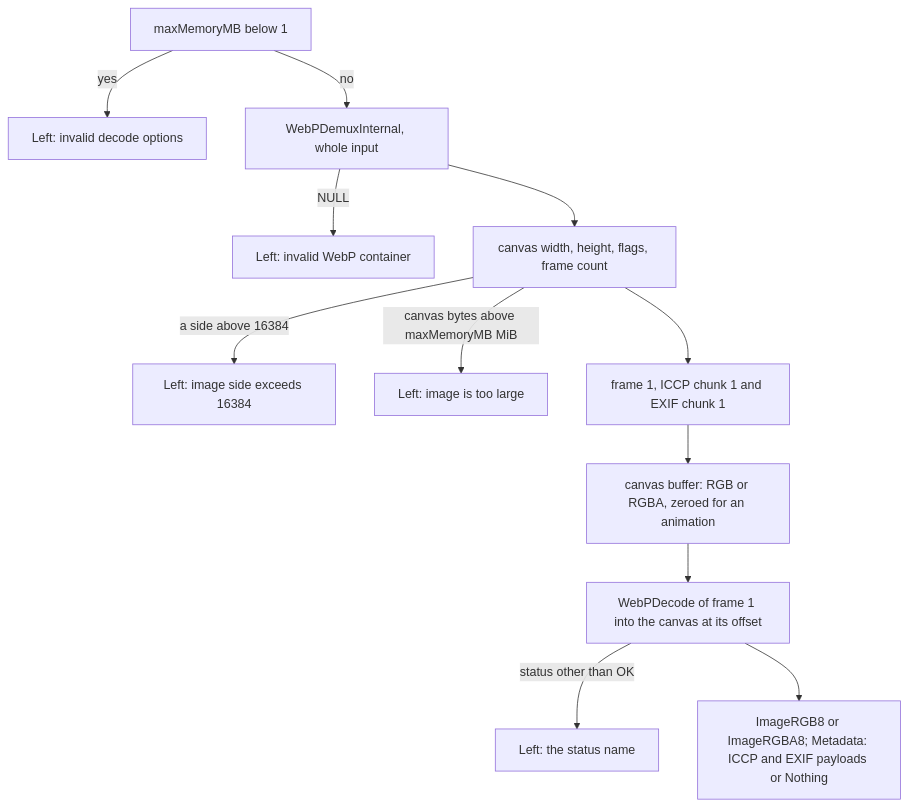
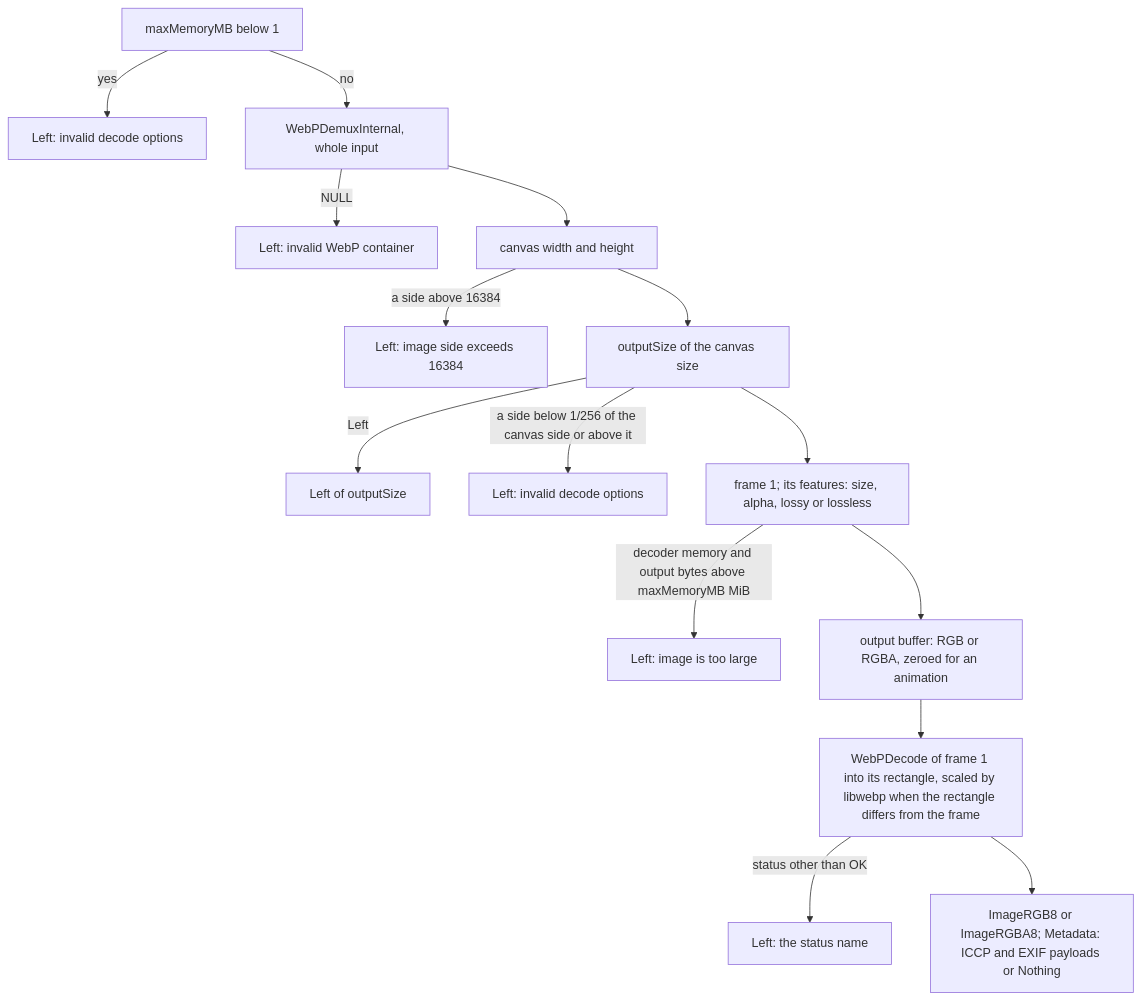
Before and after one commit to simplex-chat/simplex-chat: the fourth of 6 diagrams in plans/2026-11-22-core-webp-decoding.md, drawn with Mermaid. The commit also changed other lines of this file, not shown here.

Commit message:
docs: decide libwebp 1.6.0 and the limits of WebP decoding in the plan

````diff
--- a/plans/2026-11-22-core-webp-decoding.md
+++ b/plans/2026-11-22-core-webp-decoding.md
@@ -214,14 +170,17 @@
 ```mermaid
 flowchart TD
   A["maxMemoryMB below 1"] -->|yes| L0["Left: invalid decode options"]
   A -->|no| B["WebPDemuxInternal, whole input"]
   B -->|NULL| L1["Left: invalid WebP container"]
-  B --> C["canvas width, height, flags, frame count"]
+  B --> C["canvas width and height"]
   C -->|"a side above 16384"| L2["Left: image side exceeds 16384"]
-  C -->|"canvas bytes above maxMemoryMB MiB"| L3["Left: image is too large"]
-  C --> D["frame 1, ICCP chunk 1 and EXIF chunk 1"]
-  D --> E["canvas buffer: RGB or RGBA, zeroed for an animation"]
-  E --> F["WebPDecode of frame 1 into the canvas at its offset"]
+  C --> S["outputSize of the canvas size"]
+  S -->|"Left"| L5["Left of outputSize"]
+  S -->|"a side below 1/256 of the canvas side or above it"| L6["Left: invalid decode options"]
+  S --> D["frame 1; its features: size, alpha, lossy or lossless"]
+  D -->|"decoder memory and output bytes above maxMemoryMB MiB"| L3["Left: image is too large"]
+  D --> E["output buffer: RGB or RGBA, zeroed for an animation"]
+  E --> F["WebPDecode of frame 1 into its rectangle, scaled by libwebp when the rectangle differs from the frame"]
   F -->|"status other than OK"| L4["Left: the status name"]
   F --> G["ImageRGB8 or ImageRGBA8; Metadata: ICCP and EXIF payloads or Nothing"]
 ```
````
